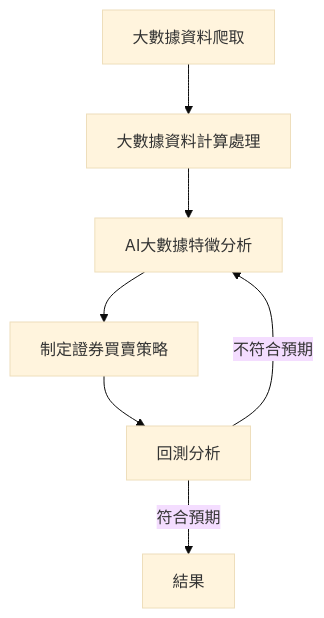
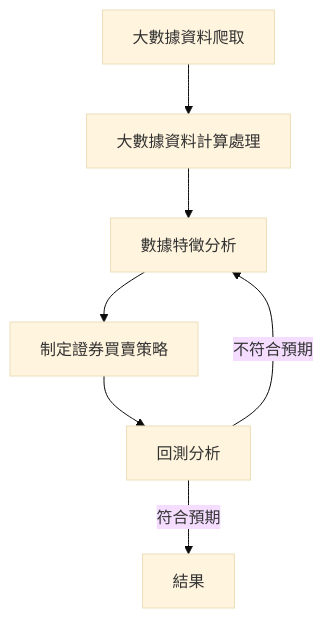
One commit to jamie-commander/Get-stock-data-and-calculate changed the diagram in README.md. Above: the diagram before and after it, drawn with Mermaid (base theme).

````diff
--- a/README.md
+++ b/README.md
@@ -45,9 +45,9 @@
 ```mermaid
         graph TB
         Big_Data_Catch[大數據資料爬取] --> Calc[大數據資料計算處理]
-        Calc --> Analysis[AI大數據特徵分析]
+        Calc --> Analysis[數據特徵分析]
         Analysis --> feature[制定證券買賣策略]
         feature --> backtrader[回測分析]
         backtrader -- 符合預期 --> result[結果]
         backtrader -- 不符合預期 --> Analysis
 ```
````
